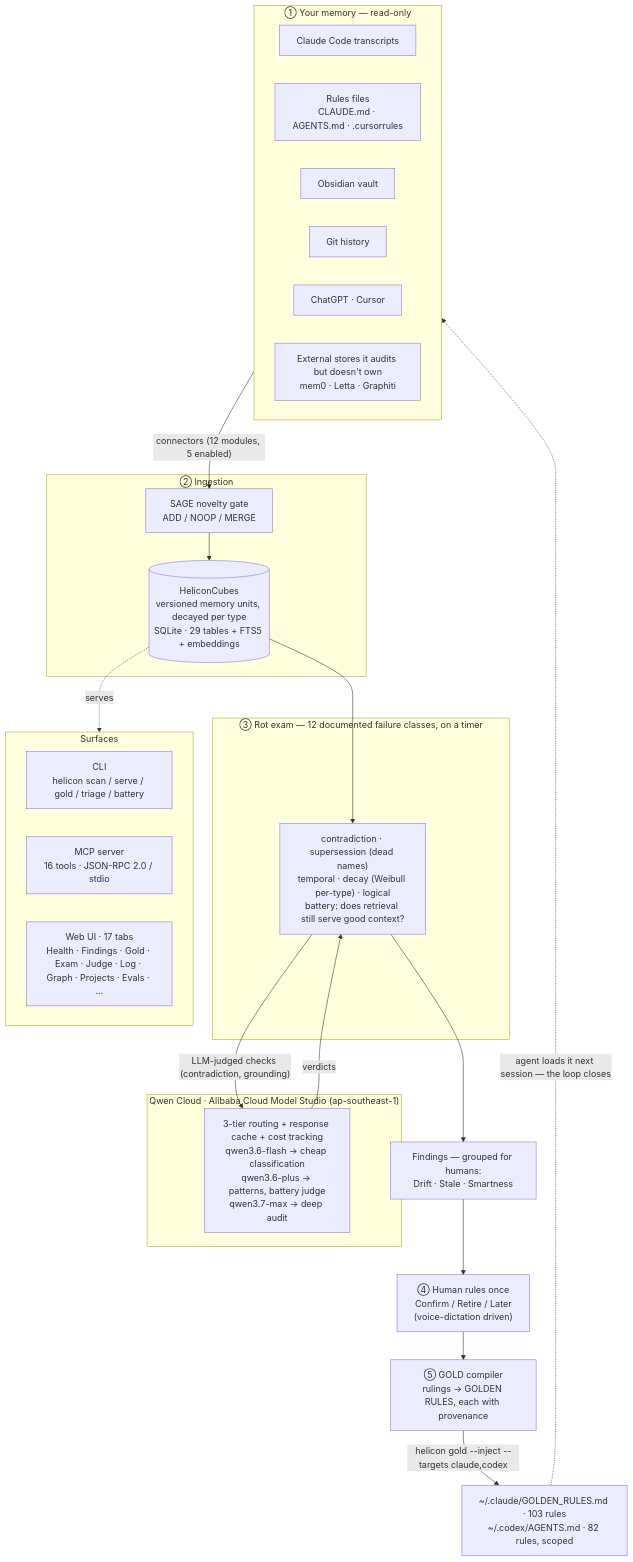
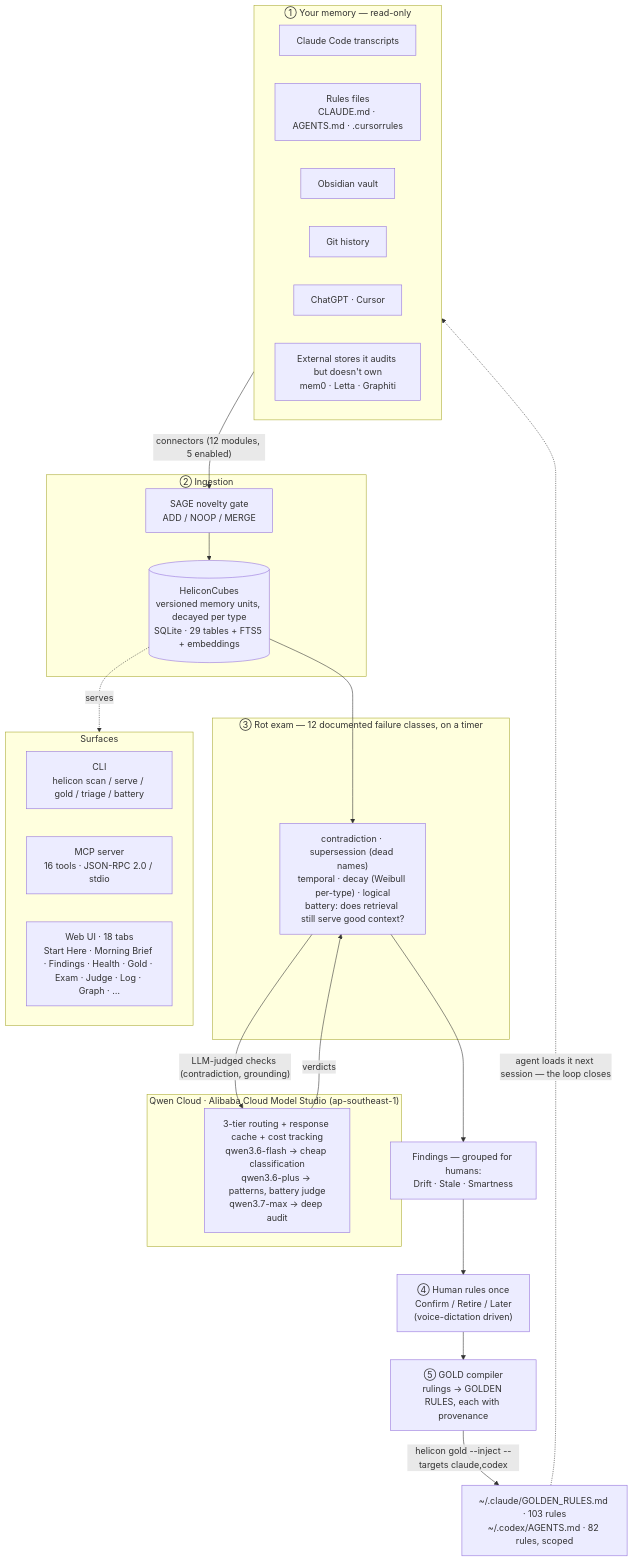
The first of 2 diagrams in ARCHITECTURE.md (Morkeeth/mountain-of-helicon), drawn with Mermaid before and after one commit.

Commit message:
docs: web tabs 17->18 (Start Here tab added)

````diff
--- a/ARCHITECTURE.md
+++ b/ARCHITECTURE.md
@@ -11,45 +11,45 @@
 ```mermaid
 flowchart TD
   subgraph SRC["① Your memory — read-only"]
     A1["Claude Code transcripts"]
     A2["Rules files<br/>CLAUDE.md · AGENTS.md · .cursorrules"]
     A3["Obsidian vault"]
     A4["Git history"]
     A5["ChatGPT · Cursor"]
     A6["External stores it audits but doesn't own<br/>mem0 · Letta · Graphiti"]
   end
 
   SRC -->|"connectors (12 modules, 5 enabled)"| GATE
 
   subgraph INGEST["② Ingestion"]
     GATE["SAGE novelty gate<br/>ADD / NOOP / MERGE"]
     CUBES[("HeliconCubes<br/>versioned memory units, decayed per type<br/>SQLite · 29 tables + FTS5 + embeddings")]
     GATE --> CUBES
   end
 
   CUBES --> EXAM
 
   subgraph AUDIT["③ Rot exam — 12 documented failure classes, on a timer"]
     EXAM["contradiction · supersession (dead names)<br/>temporal · decay (Weibull per-type) · logical<br/>battery: does retrieval still serve good context?"]
   end
 
   EXAM -->|"LLM-judged checks (contradiction, grounding)"| QWEN
   QWEN -->|verdicts| EXAM
 
   subgraph QWENC["Qwen Cloud · Alibaba Cloud Model Studio (ap-southeast-1)"]
     QWEN["3-tier routing + response cache + cost tracking<br/>qwen3.6-flash → cheap classification<br/>qwen3.6-plus → patterns, battery judge<br/>qwen3.7-max → deep audit"]
   end
 
   EXAM --> FIND["Findings — grouped for humans:<br/>Drift · Stale · Smartness"]
   FIND --> HUMAN["④ Human rules once<br/>Confirm / Retire / Later<br/>(voice-dictation driven)"]
   HUMAN --> GOLD["⑤ GOLD compiler<br/>rulings → GOLDEN RULES, each with provenance"]
   GOLD -->|"helicon gold --inject --targets claude,codex"| INJECT["~/.claude/GOLDEN_RULES.md · 103 rules<br/>~/.codex/AGENTS.md · 82 rules, scoped"]
   INJECT -.->|"agent loads it next session — the loop closes"| SRC
 
   CUBES -.serves.-> SURF
   subgraph SURF["Surfaces"]
     CLI["CLI<br/>helicon scan / serve / gold / triage / battery"]
     MCP["MCP server<br/>16 tools · JSON-RPC 2.0 / stdio"]
-    WEB["Web UI · 17 tabs<br/>Health · Findings · Gold · Exam · Judge · Log · Graph · Projects · Evals · …"]
+    WEB["Web UI · 18 tabs<br/>Start Here · Morning Brief · Findings · Health · Gold · Exam · Judge · Log · Graph · …"]
   end
 ```
````
